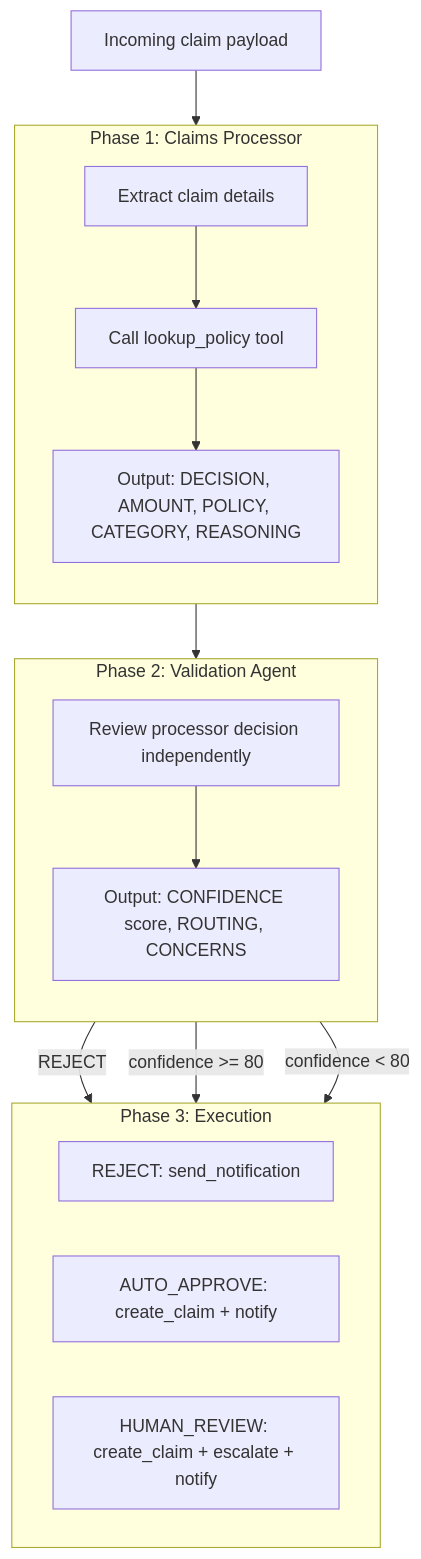
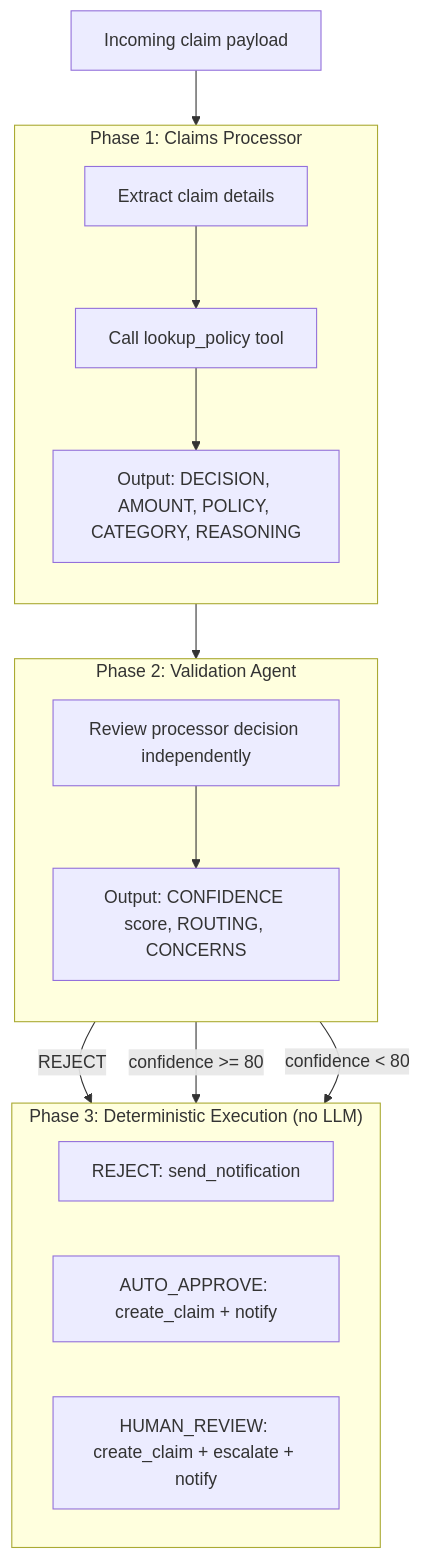
Before and after one commit to awslabs/amazon-bedrock-agentcore-samples: the third of 4 diagrams in 02-use-cases/02-workflow-automation-agents/event-driven-claims-agent/docs/ARCHITECTURE.md, drawn with Mermaid. The commit also changed other lines of this file and 6 other files, not shown here.

````diff
--- a/02-use-cases/02-workflow-automation-agents/event-driven-claims-agent/docs/ARCHITECTURE.md
+++ b/02-use-cases/02-workflow-automation-agents/event-driven-claims-agent/docs/ARCHITECTURE.md
@@ -134,34 +134,34 @@
 ```mermaid
 flowchart TB
     direction TB
 
     Payload["Incoming claim payload"]
 
     subgraph Phase1["Phase 1: Claims Processor"]
         direction TB
         P1_Input["Extract claim details"]
         P1_Tool["Call lookup_policy tool"]
         P1_Output["Output: DECISION, AMOUNT, POLICY, CATEGORY, REASONING"]
         P1_Input --> P1_Tool --> P1_Output
     end
 
     subgraph Phase2["Phase 2: Validation Agent"]
         direction TB
         P2_Input["Review processor decision independently"]
         P2_Output["Output: CONFIDENCE score, ROUTING, CONCERNS"]
         P2_Input --> P2_Output
     end
 
-    subgraph Phase3["Phase 3: Execution"]
+    subgraph Phase3["Phase 3: Deterministic Execution (no LLM)"]
         direction LR
         Reject["REJECT: send_notification"]
         AutoApprove["AUTO_APPROVE: create_claim + notify"]
         HumanReview["HUMAN_REVIEW: create_claim + escalate + notify"]
     end
 
     Payload --> Phase1
     Phase1 --> Phase2
     Phase2 -->|"REJECT"| Reject
     Phase2 -->|"confidence >= 80"| AutoApprove
     Phase2 -->|"confidence < 80"| HumanReview
 ```
````
